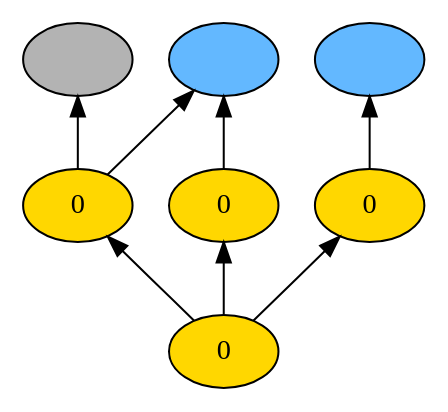
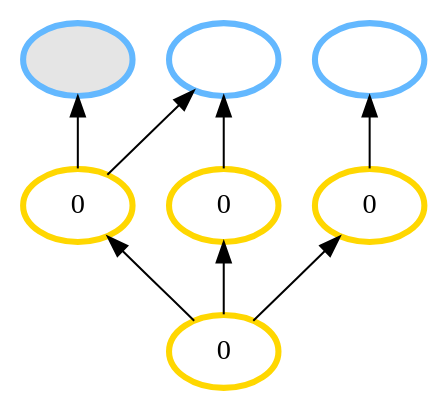
One commit to probcomp/Venturecxx changed the diagram in backend/cxx/pdf_graphs/tutorial_1/dot12.dot. Above: the diagram before and after it, drawn with Graphviz. The commit also changed 54 other files, not shown here.

```diff
--- a/backend/cxx/pdf_graphs/tutorial_1/dot12.dot
+++ b/backend/cxx/pdf_graphs/tutorial_1/dot12.dot
@@ -1,18 +1,18 @@
 digraph {
 rankdir=BT
 fontsize=24
-1["shape" ="ellipse" "style" ="filled" "fillcolor" ="gold" "label" ="0" ]
-2["shape" ="ellipse" "style" ="filled" "fillcolor" ="gold" "label" ="0" ]
-3["shape" ="ellipse" "style" ="filled" "fillcolor" ="gold" "label" ="0" ]
-4["shape" ="ellipse" "style" ="filled" "fillcolor" ="gold" "label" ="0" ]
-5["shape" ="ellipse" "style" ="filled" "fillcolor" ="grey70" "label" ="" ]
-6["shape" ="ellipse" "style" ="filled" "fillcolor" ="steelblue1" "label" ="" ]
-7["shape" ="ellipse" "style" ="filled" "fillcolor" ="steelblue1" "label" ="" ]
+1["style" ="filled" "color" ="gold" "label" ="0" "shape" ="ellipse" "fillcolor" ="white" "penwidth" ="3" ]
+2["style" ="filled" "color" ="gold" "label" ="0" "shape" ="ellipse" "fillcolor" ="white" "penwidth" ="3" ]
+3["style" ="filled" "color" ="gold" "label" ="0" "shape" ="ellipse" "fillcolor" ="white" "penwidth" ="3" ]
+4["style" ="filled" "color" ="gold" "label" ="0" "shape" ="ellipse" "fillcolor" ="white" "penwidth" ="3" ]
+5["style" ="filled" "color" ="steelblue1" "label" ="" "shape" ="ellipse" "fillcolor" ="grey90" "penwidth" ="3" ]
+6["style" ="filled" "color" ="steelblue1" "label" ="" "shape" ="ellipse" "fillcolor" ="white" "penwidth" ="3" ]
+7["style" ="filled" "color" ="steelblue1" "label" ="" "shape" ="ellipse" "fillcolor" ="white" "penwidth" ="3" ]
 1 -> 2["color" ="black" "style" ="solid" "arrowhead" ="normal" ]
 1 -> 3["color" ="black" "style" ="solid" "arrowhead" ="normal" ]
 1 -> 4["color" ="black" "style" ="solid" "arrowhead" ="normal" ]
 2 -> 5["color" ="black" "style" ="solid" "arrowhead" ="normal" ]
 2 -> 6["color" ="black" "style" ="solid" "arrowhead" ="normal" ]
 3 -> 6["color" ="black" "style" ="solid" "arrowhead" ="normal" ]
 4 -> 7["color" ="black" "style" ="solid" "arrowhead" ="normal" ]
 }
```
